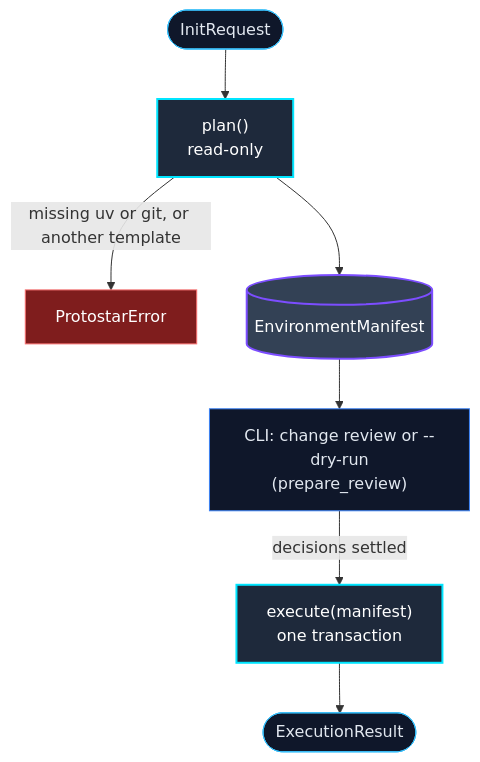
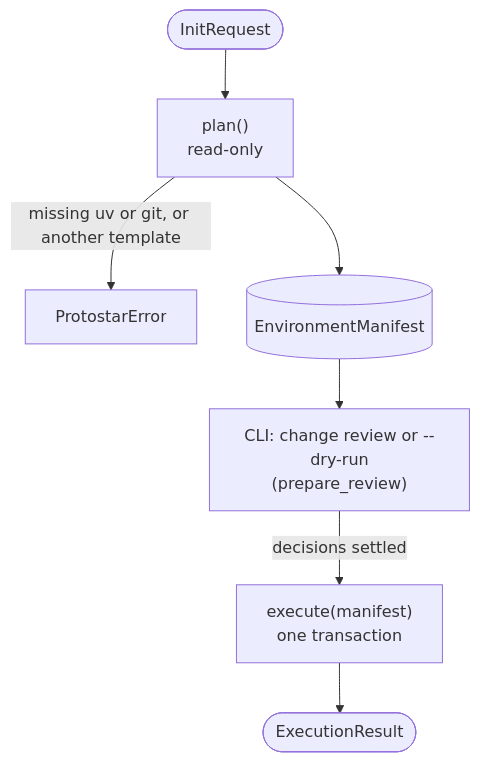
The diagram in docs/mechanics/orchestrator.md (JacksonFergusonDev/protostar), drawn with Mermaid before and after one commit. The commit also changed other lines of this file and 36 other files, not shown here.

````diff
--- a/docs/mechanics/orchestrator.md
+++ b/docs/mechanics/orchestrator.md
@@ -9,15 +9,9 @@
 ```mermaid
 flowchart TD
-    classDef boundary fill:#0f172a,stroke:#38bdf8,stroke-width:1px,color:#e2e8f0;
-    classDef phase fill:#1e293b,stroke:#00e5ff,stroke-width:2px,color:#fff;
-    classDef state fill:#334155,stroke:#7c4dff,stroke-width:2px,color:#fff;
-    classDef cli fill:#0f172a,stroke:#3b82f6,stroke-width:1px,color:#e2e8f0;
-    classDef error fill:#7f1d1d,stroke:#f87171,stroke-width:1px,color:#fff;
-
-    Req([InitRequest]):::boundary --> Plan["plan()<br/>read-only"]:::phase
-    Plan -->|missing uv or git, or another template| Err["ProtostarError"]:::error
-    Plan --> Manifest[(EnvironmentManifest)]:::state
-    Manifest --> Review["CLI: change review or --dry-run<br/>(prepare_review)"]:::cli
-    Review -->|decisions settled| Exec["execute(manifest)<br/>one transaction"]:::phase
-    Exec --> Result([ExecutionResult]):::boundary
+    Req([InitRequest]) --> Plan["plan()<br/>read-only"]
+    Plan -->|missing uv or git, or another template| Err["ProtostarError"]
+    Plan --> Manifest[(EnvironmentManifest)]
+    Manifest --> Review["CLI: change review or --dry-run<br/>(prepare_review)"]
+    Review -->|decisions settled| Exec["execute(manifest)<br/>one transaction"]
+    Exec --> Result([ExecutionResult])
 ```
````
